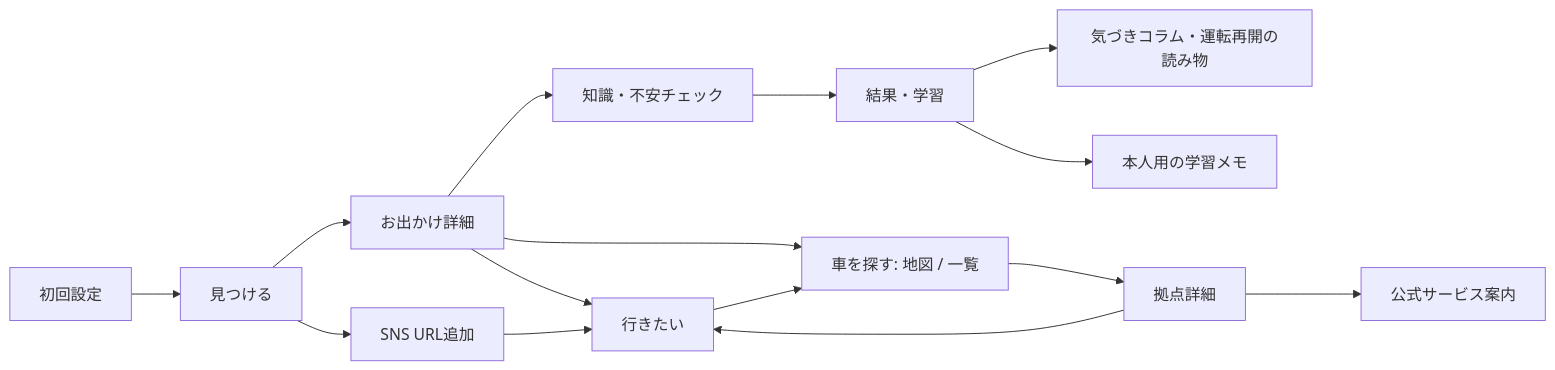
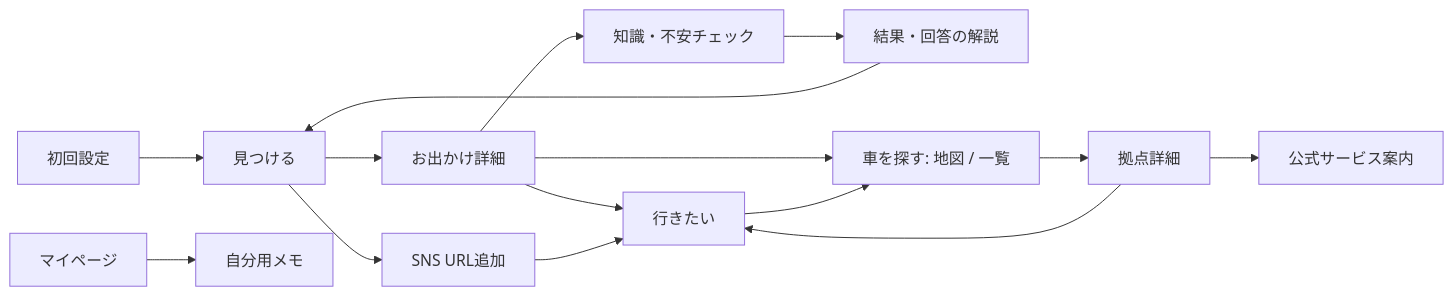
Before and after one commit to Greek-Academy/Let-s-go-anywhere: the diagram in README.md, drawn with Mermaid. The commit also changed other lines of this file and 40 other files, not shown here.

````diff
--- a/README.md
+++ b/README.md
@@ -83,17 +84,17 @@
 ```mermaid
 flowchart LR
   A[初回設定] --> B[見つける]
   B --> C[お出かけ詳細]
   C --> D[行きたい]
   C --> E[知識・不安チェック]
-  E --> F[結果・学習]
-  F --> G[気づきコラム・運転再開の読み物]
-  F --> H[本人用の学習メモ]
+  E --> F[結果・回答の解説]
+  F --> B
+  P[マイページ] --> H[自分用メモ]
   C --> K[車を探す: 地図 / 一覧]
   D --> K
   K --> L[拠点詳細]
   L --> M[公式サービス案内]
   L --> D
   B --> N[SNS URL追加]
   N --> D
 ```
````
